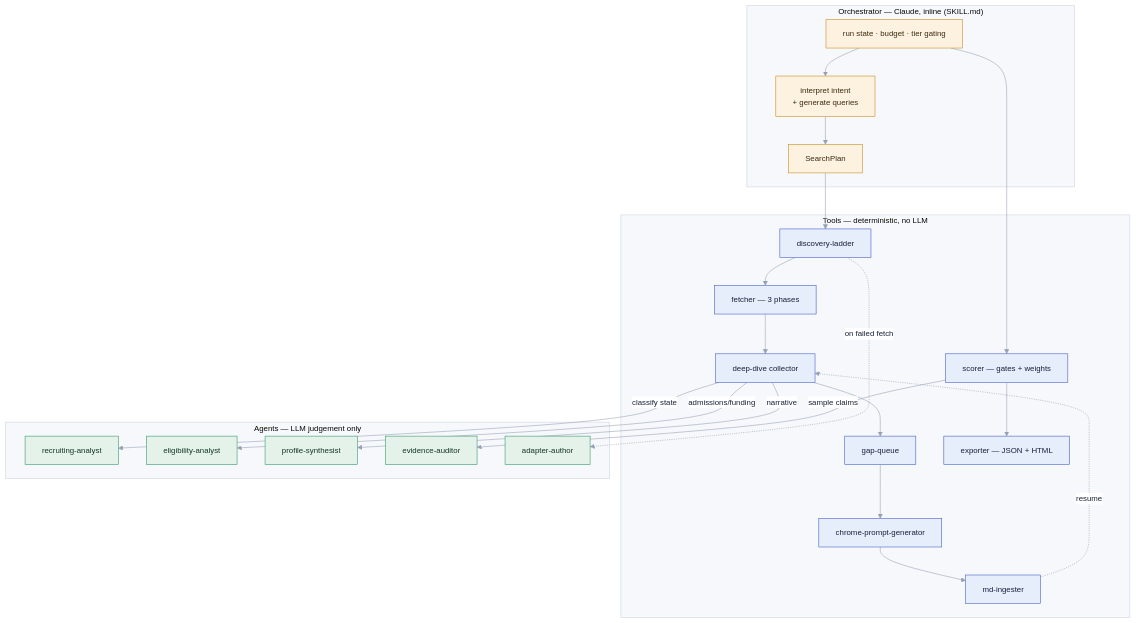
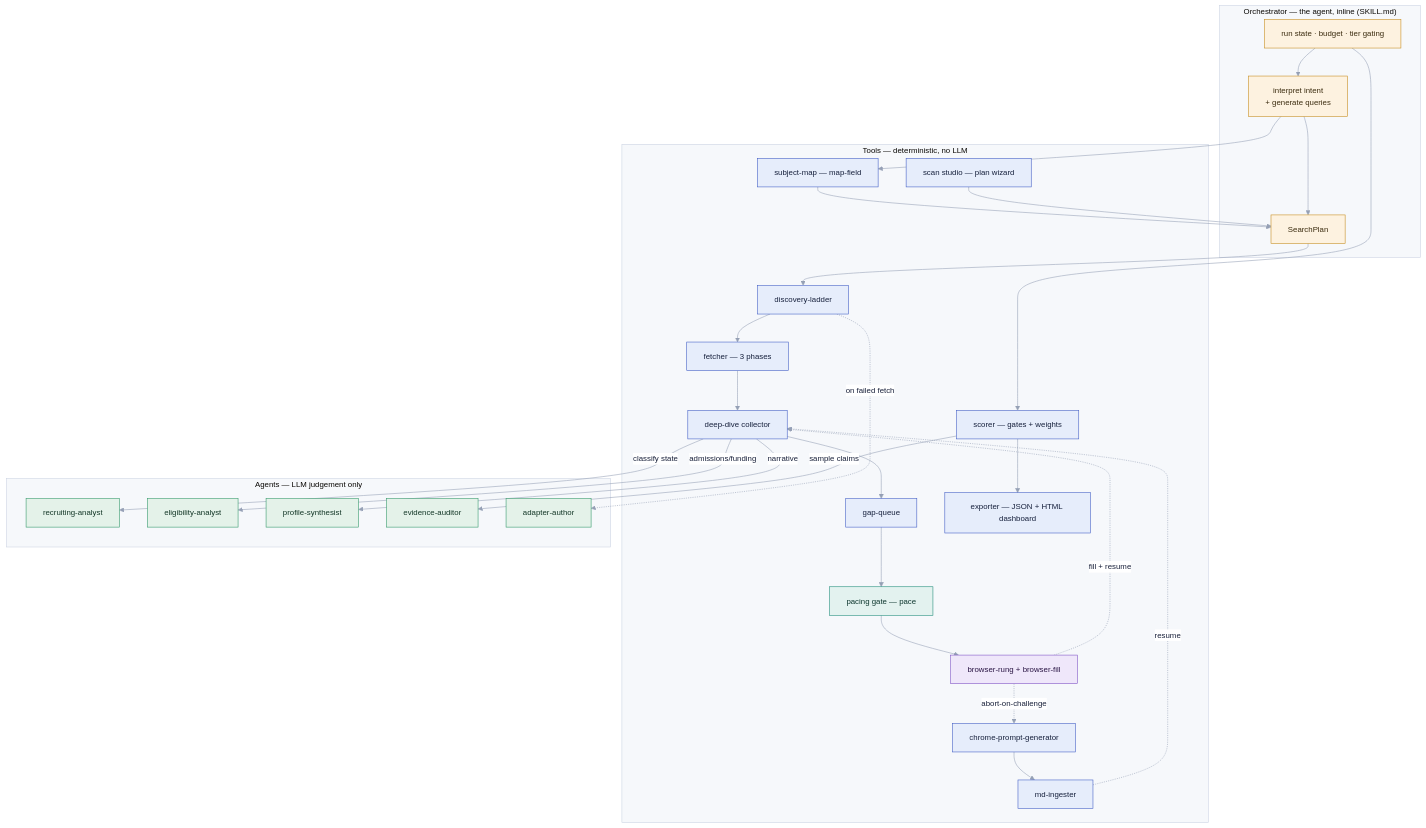
One commit to ahmedmahershaaban/supervisorly changed the third of 12 diagrams in docs/design-atlas.md. Above: the diagram before and after it, drawn with Mermaid. The commit also changed other lines of this file and 3 other files, not shown here.

First line of the commit message:
B7: update design-atlas artifacts to the shipped reality + dashboard diagram

````diff
--- a/docs/design-atlas.md
+++ b/docs/design-atlas.md
@@ -80,47 +140,59 @@
 ```mermaid
 %%{init:{'theme':'base','themeVariables':{'fontFamily':'ui-sans-serif,system-ui,sans-serif','fontSize':'14px','primaryColor':'#e6edfb','primaryBorderColor':'#3f5bc4','primaryTextColor':'#18203a','lineColor':'#95a0b5','secondaryColor':'#eef1f6','tertiaryColor':'#f6f8fb','clusterBkg':'#f6f8fb','clusterBorder':'#cbd3e2','edgeLabelBackground':'#ffffff'}}}%%
 flowchart TD
-  subgraph ORCH["Orchestrator — Claude, inline (SKILL.md)"]
+  subgraph ORCH["Orchestrator — the agent, inline (SKILL.md)"]
     SK["run state · budget · tier gating"]
     INT["interpret intent<br/>+ generate queries"]
     PLAN["SearchPlan"]
     INT --> PLAN
   end
 
   subgraph TOOLS["Tools — deterministic, no LLM"]
+    SM["subject-map — map-field"]
+    ST["scan studio — plan wizard"]
     D["discovery-ladder"]
     FE["fetcher — 3 phases"]
     DD["deep-dive collector"]
     GQ["gap-queue"]
+    PACE["pacing gate — pace"]
+    BR["browser-rung + browser-fill"]
     CP["chrome-prompt-generator"]
     MI["md-ingester"]
     SCR["scorer — gates + weights"]
-    EXP["exporter — JSON + HTML"]
+    EXP["exporter — JSON + HTML dashboard"]
   end
 
   subgraph AGENTS["Agents — LLM judgement only"]
     A1["recruiting-analyst"]
     A2["eligibility-analyst"]
     A3["profile-synthesist"]
     A4["evidence-auditor"]
     A5["adapter-author"]
   end
 
   SK --> INT
-  PLAN --> D --> FE --> DD --> GQ --> CP --> MI
+  INT --> SM --> PLAN
+  ST --> PLAN
+  PLAN --> D --> FE --> DD --> GQ --> PACE --> BR
+  BR -.->|"abort-on-challenge"| CP --> MI
   MI -.->|"resume"| DD
+  BR -.->|"fill + resume"| DD
   SK --> SCR --> EXP
 
   DD -->|"classify state"| A1
   DD -->|"admissions/funding"| A2
   DD -->|"narrative"| A3
   D -.->|"on failed fetch"| A5
   SCR -->|"sample claims"| A4
 
   classDef tool fill:#e6edfb,stroke:#3f5bc4,color:#16203c;
+  classDef agentv fill:#efe7fa,stroke:#7c4fc4,color:#2a1544;
   classDef agent fill:#e4f2e9,stroke:#2f9767,color:#123626;
+  classDef gate fill:#e3f2ef,stroke:#1e8c78,color:#0d362e;
   classDef orch fill:#fdf2e0,stroke:#c58a1a,color:#3a2b0e;
-  class D,FE,DD,GQ,CP,MI,SCR,EXP tool
+  class D,FE,DD,GQ,SM,ST,CP,MI,SCR,EXP tool
+  class BR agentv
+  class PACE gate
   class A1,A2,A3,A4,A5 agent
   class SK,INT,PLAN orch
 ```
````
